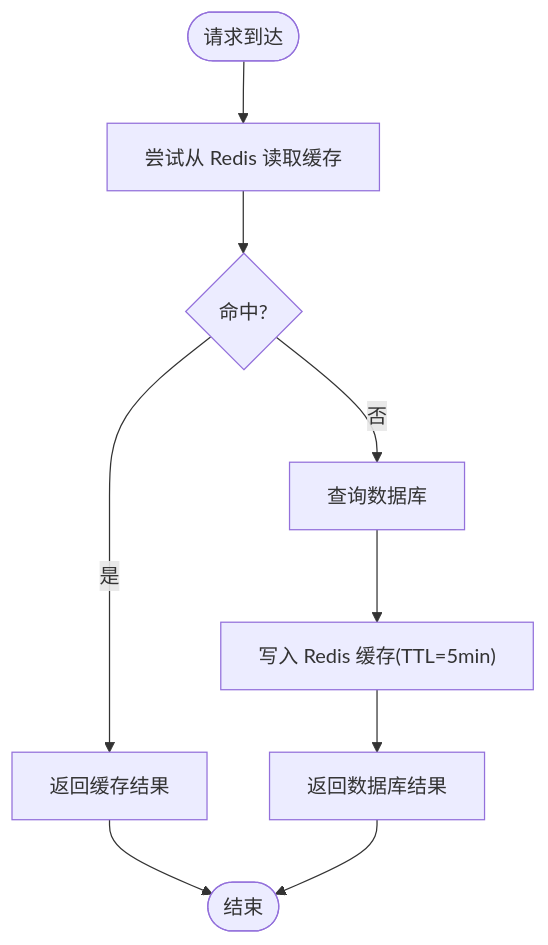
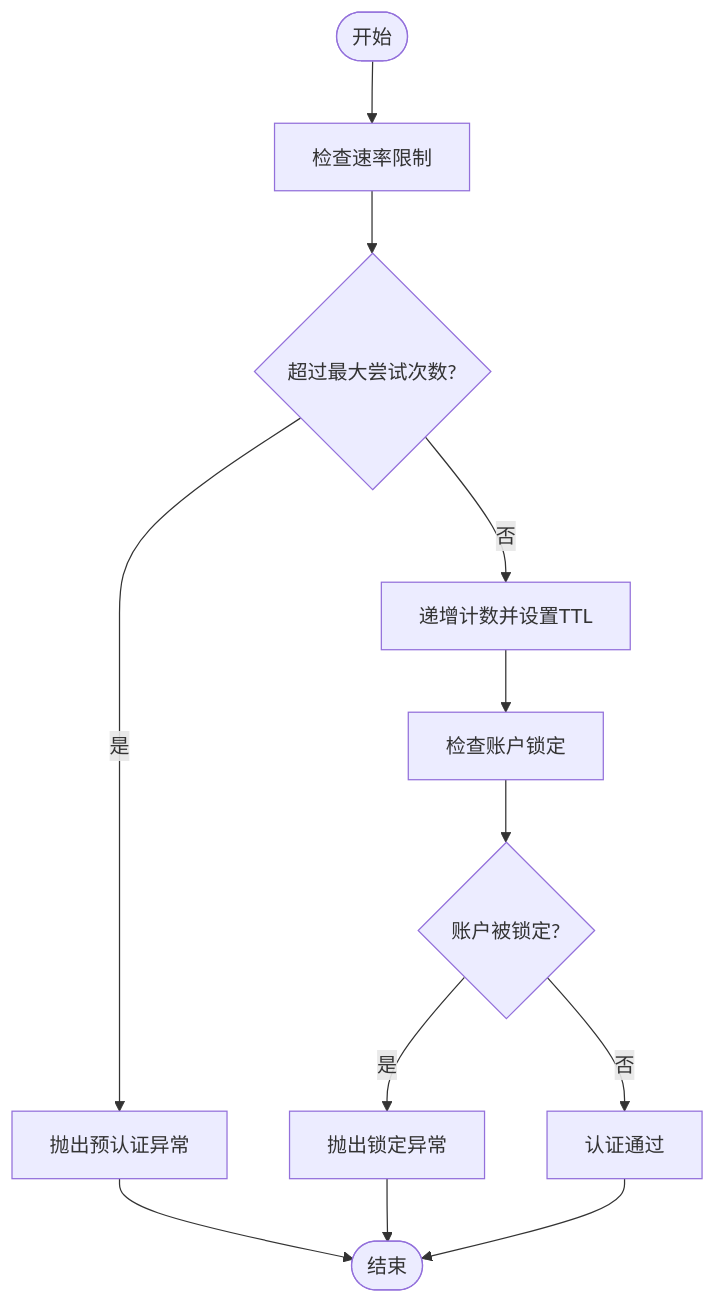
One commit to fq0121104930716/iam-platform changed the fifth of 7 diagrams in .qoder/repowiki/zh/content/故障排除/故障排除.md. Above: the diagram before and after it, drawn with Mermaid. The commit also changed other lines of this file and 222 other files, not shown here.

````diff
--- a/.qoder/repowiki/zh/content/故障排除/故障排除.md
+++ b/.qoder/repowiki/zh/content/故障排除/故障排除.md
@@ -191,11 +175,14 @@
 ```mermaid
 flowchart TD
-Req(["请求到达"]) --> GetCache["尝试从 Redis 读取缓存"]
-GetCache --> Hit{"命中?"}
-Hit --> |是| ReturnCache["返回缓存结果"]
-Hit --> |否| QueryDB["查询数据库"]
-QueryDB --> SaveCache["写入 Redis 缓存(TTL=5min)"]
-SaveCache --> ReturnDB["返回数据库结果"]
-ReturnCache --> End(["结束"])
-ReturnDB --> End
+Start(["开始"]) --> CheckRL["检查速率限制"]
+CheckRL --> RLExceeded{"超过最大尝试次数?"}
+RLExceeded --> |是| ThrowErr["抛出预认证异常"]
+RLExceeded --> |否| Inc["递增计数并设置TTL"]
+Inc --> CheckAL["检查账户锁定"]
+CheckAL --> ALLocked{"账户被锁定?"}
+ALLocked --> |是| ThrowAL["抛出锁定异常"]
+ALLocked --> |否| Success["认证通过"]
+ThrowErr --> End(["结束"])
+ThrowAL --> End
+Success --> End
 ```
````
